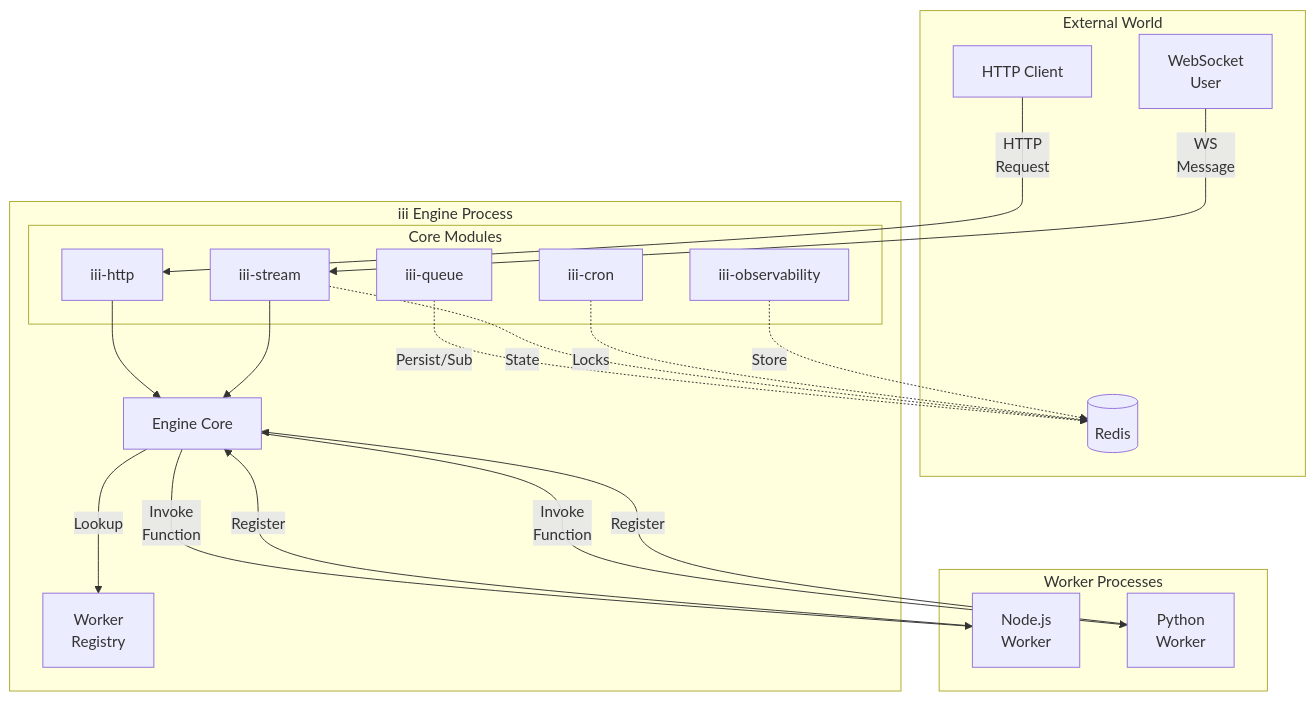
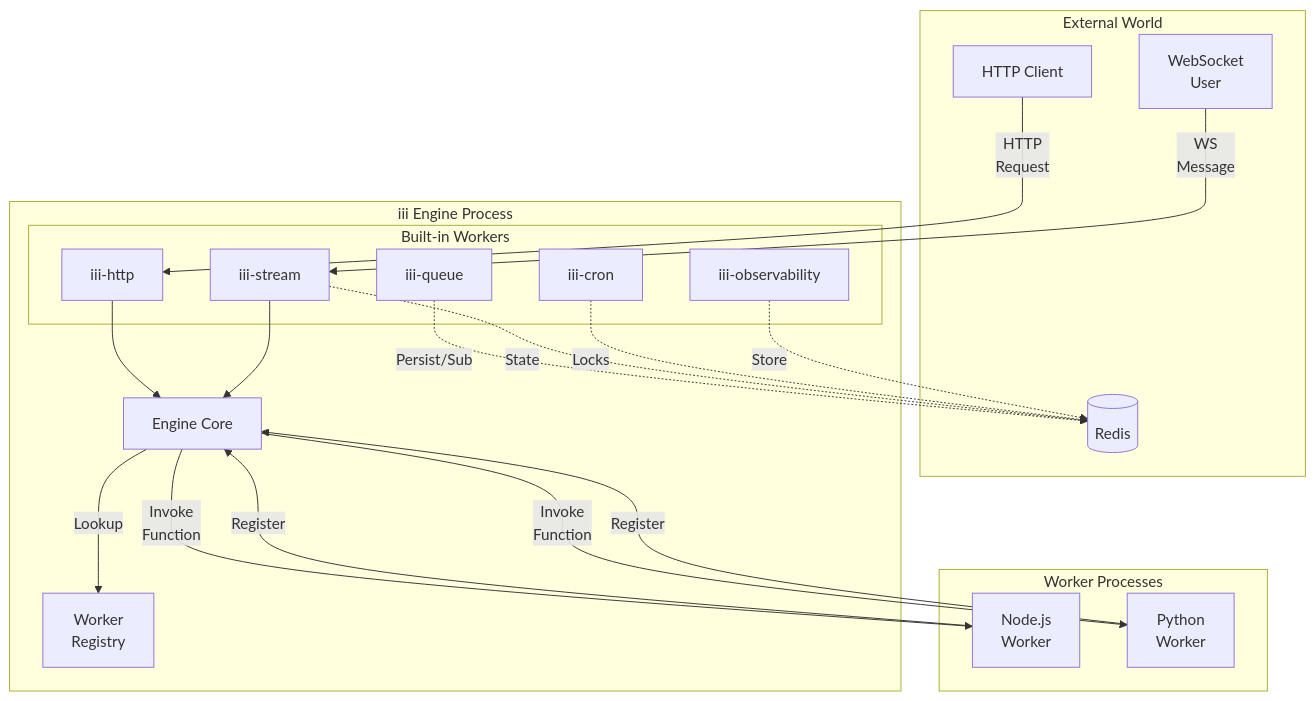
One commit to iii-hq/iii changed the first of 8 diagrams in docs/advanced/architecture.mdx. Above: the diagram before and after it, drawn with Mermaid. The commit also changed other lines of this file and 68 other files, not shown here.

````diff
--- a/docs/advanced/architecture.mdx
+++ b/docs/advanced/architecture.mdx
@@ -16,44 +16,44 @@
 ```mermaid
 graph TD
     subgraph "External World"
         Client[HTTP Client]
         Redis[(Redis)]
         User[WebSocket<br/>User]
     end
 
     subgraph "iii Engine Process"
         Core[Engine Core]
         Reg[Worker<br/>Registry]
 
-        subgraph "Core Modules"
+        subgraph "Built-in Workers"
             API[iii-http]
             Stream[iii-stream]
             Log[iii-observability]
             Queue[iii-queue]
             Cron[iii-cron]
         end
     end
 
     subgraph "Worker Processes"
         W1[Node.js<br/>Worker]
         W2[Python<br/>Worker]
     end
 
     Client -->|HTTP<br/>Request| API
     User -->|WS<br/>Message| Stream
 
     API --> Core
     Stream --> Core
 
     Core -->|Lookup| Reg
     Core -->|Invoke<br/>Function| W1
     Core -->|Invoke<br/>Function| W2
 
     W1 -->|Register| Core
     W2 -->|Register| Core
 
     Queue -.->|Persist/Sub| Redis
     Stream -.->|State| Redis
     Cron -.->|Locks| Redis
     Log -.->|Store| Redis
 ```
````
